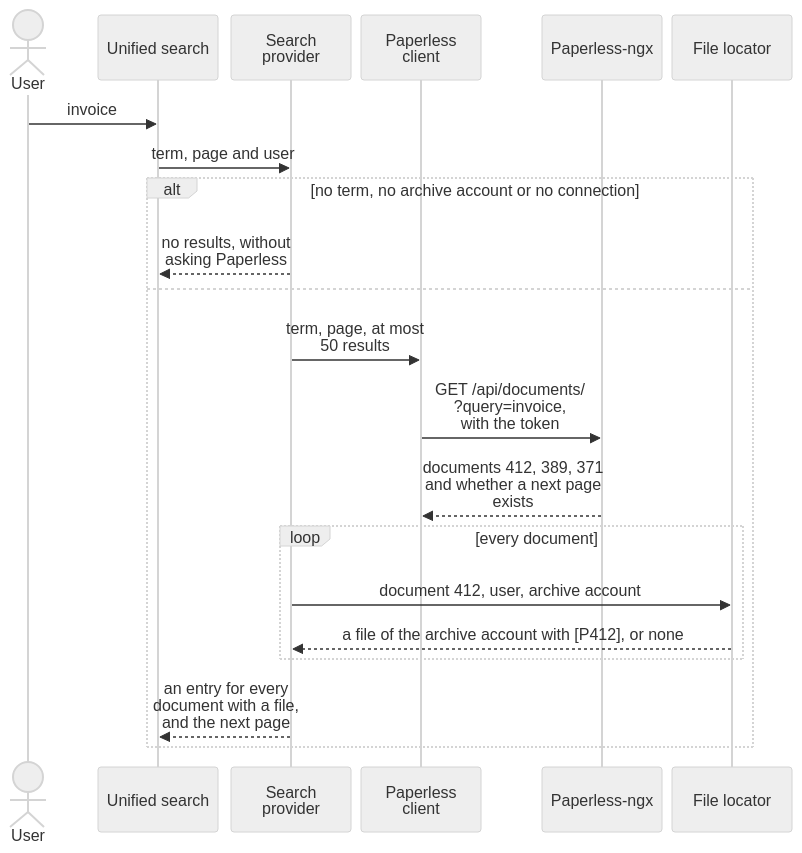
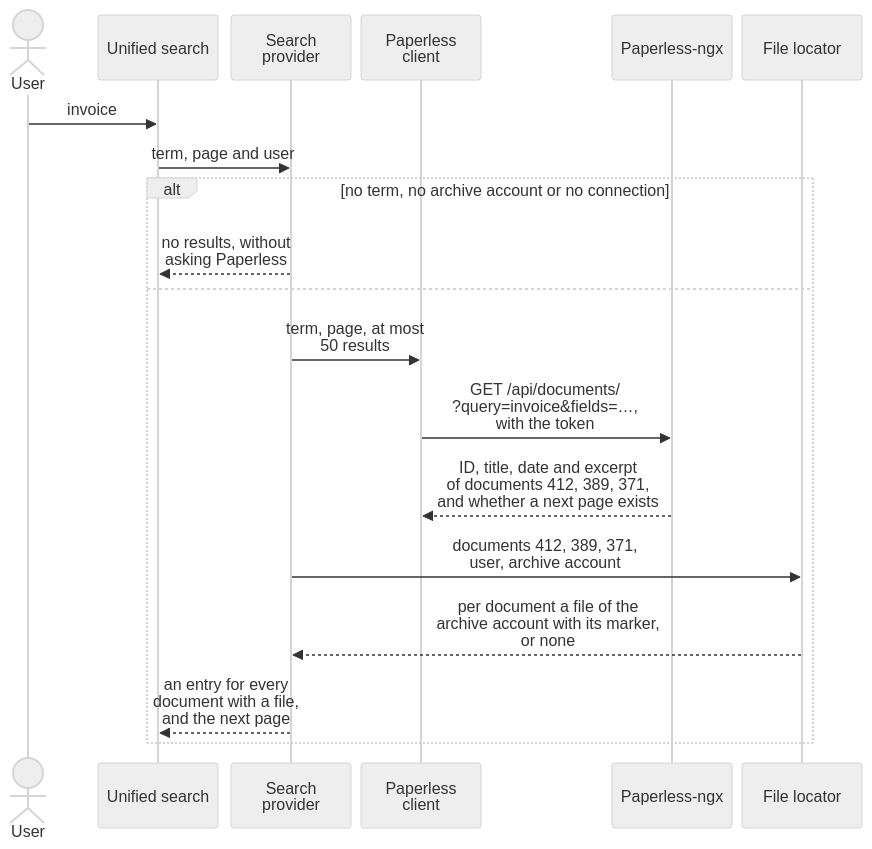
The second of 6 diagrams in docs/architecture.md (Dennis-Otto/paperless-unified-search), drawn with Mermaid (neutral theme) before and after one commit. The commit also changed other lines of this file and 19 other files, not shown here.

First line of the commit message:
perf(search): fetch only the fields the results show and look up all files of a page in one query (#111)

````diff
--- a/docs/architecture.md
+++ b/docs/architecture.md
@@ -74,33 +74,31 @@
 ```mermaid
 ---
 config:
   sequence:
     wrap: true
     width: 120
     actorMargin: 10
 ---
 sequenceDiagram
     accTitle: The data flow of a search
-    accDescr: A user searches for invoice. The unified search passes the term, the page and the user to the search provider. Without a term, an archive account or a connection, the provider answers with no results and doesn't ask Paperless. Otherwise the Paperless client asks Paperless-ngx for at most 50 results with the token, and Paperless answers with documents 412, 389 and 371 and whether a next page exists. For every document, the file locator returns a file of the archive account with its marker, or none. The provider answers with an entry for every document with a file, and the next page.
+    accDescr: A user searches for invoice. The unified search passes the term, the page and the user to the search provider. Without a term, an archive account or a connection, the provider answers with no results and doesn't ask Paperless. Otherwise the Paperless client asks Paperless-ngx with the token for at most 50 results and only for the fields that a result shows, and Paperless answers with the ID, the title, the date and the excerpt of documents 412, 389 and 371 and whether a next page exists. One call of the file locator covers all documents of the page and returns for each a file of the archive account with its marker, or none. The provider answers with an entry for every document with a file, and the next page.
 
     actor User
     participant Search as Unified search
     participant Provider as Search provider
     participant Client as Paperless client
     participant Paperless as Paperless-ngx
     participant Locator as File locator
     User->>Search: invoice
     Search->>Provider: term, page and user
     alt no term, no archive account or no connection
         Provider-->>Search: no results, without asking Paperless
     else
         Provider->>Client: term, page, at most 50 results
-        Client->>Paperless: GET /api/documents/<br>?query=invoice,<br>with the token
-        Paperless-->>Client: documents 412, 389, 371 and whether a next page exists
-        loop every document
-            Provider->>Locator: document 412, user, archive account
-            Locator-->>Provider: a file of the archive account with [P412], or none
-        end
+        Client->>Paperless: GET /api/documents/<br>?query=invoice&fields=…,<br>with the token
+        Paperless-->>Client: ID, title, date and excerpt<br>of documents 412, 389, 371,<br>and whether a next page exists
+        Provider->>Locator: documents 412, 389, 371,<br>user, archive account
+        Locator-->>Provider: per document a file of the<br>archive account with its marker,<br>or none
         Provider-->>Search: an entry for every document with a file, and the next page
     end
 ```
````
